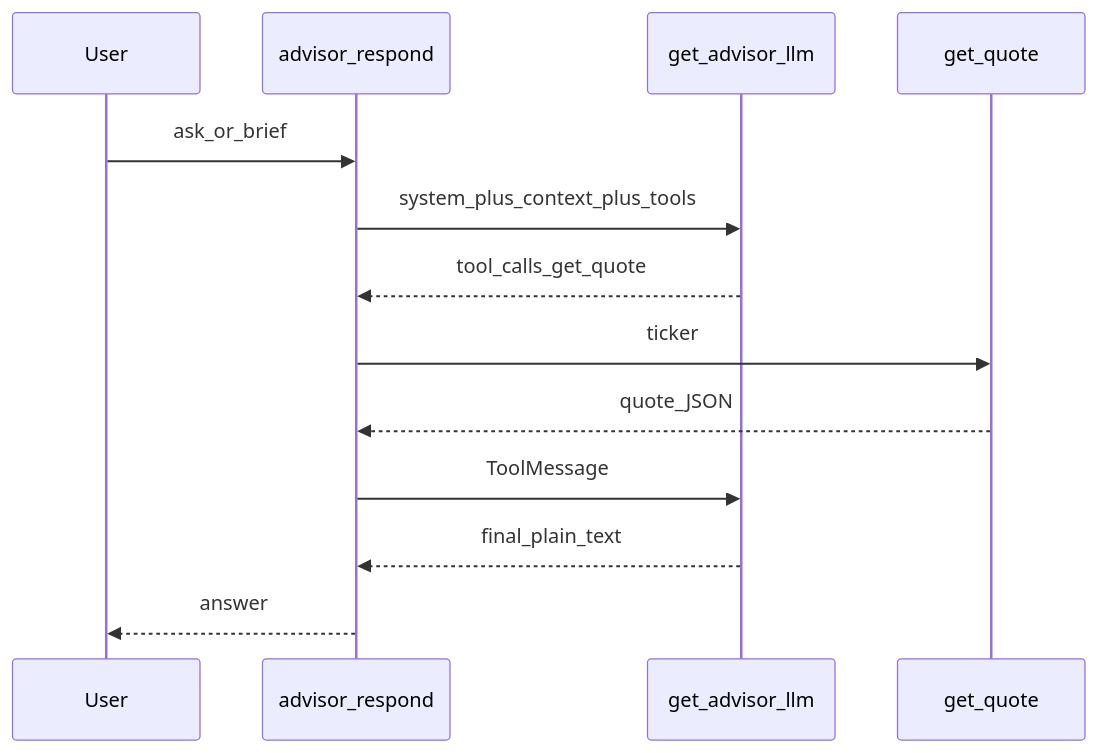
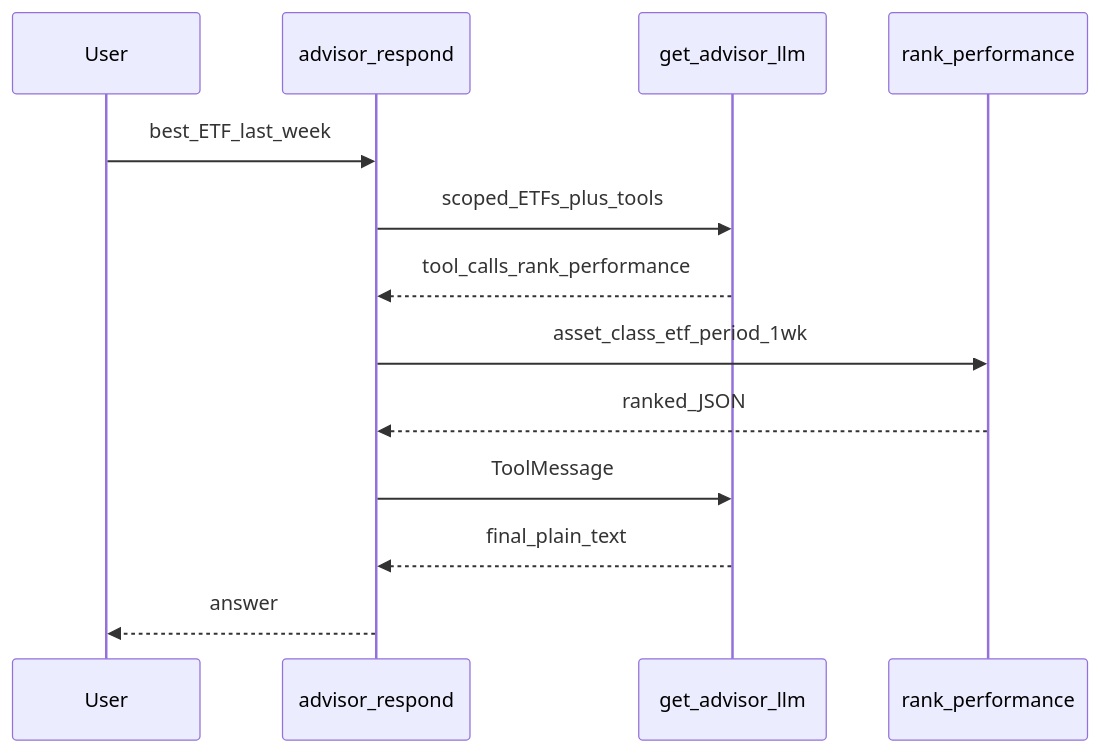
Before and after one commit to giannisalinetti/personal-investment-assistant: the sixth of 6 diagrams in docs/agent_architecture.md, drawn with Mermaid. The commit also changed other lines of this file and 17 other files, not shown here.

First line of the commit message:
Add period-return Advisor tools and a Settings watchlist overlay.

````diff
--- a/docs/agent_architecture.md
+++ b/docs/agent_architecture.md
@@ -158,15 +161,15 @@
 ```mermaid
 sequenceDiagram
   participant User
   participant Advisor as advisor_respond
   participant LLM as get_advisor_llm
-  participant Tool as get_quote
-  User->>Advisor: ask_or_brief
-  Advisor->>LLM: system_plus_context_plus_tools
-  LLM-->>Advisor: tool_calls_get_quote
-  Advisor->>Tool: ticker
-  Tool-->>Advisor: quote_JSON
+  participant Rank as rank_performance
+  User->>Advisor: best_ETF_last_week
+  Advisor->>LLM: scoped_ETFs_plus_tools
+  LLM-->>Advisor: tool_calls_rank_performance
+  Advisor->>Rank: asset_class_etf_period_1wk
+  Rank-->>Advisor: ranked_JSON
   Advisor->>LLM: ToolMessage
   LLM-->>Advisor: final_plain_text
   Advisor-->>User: answer
 ```
````
